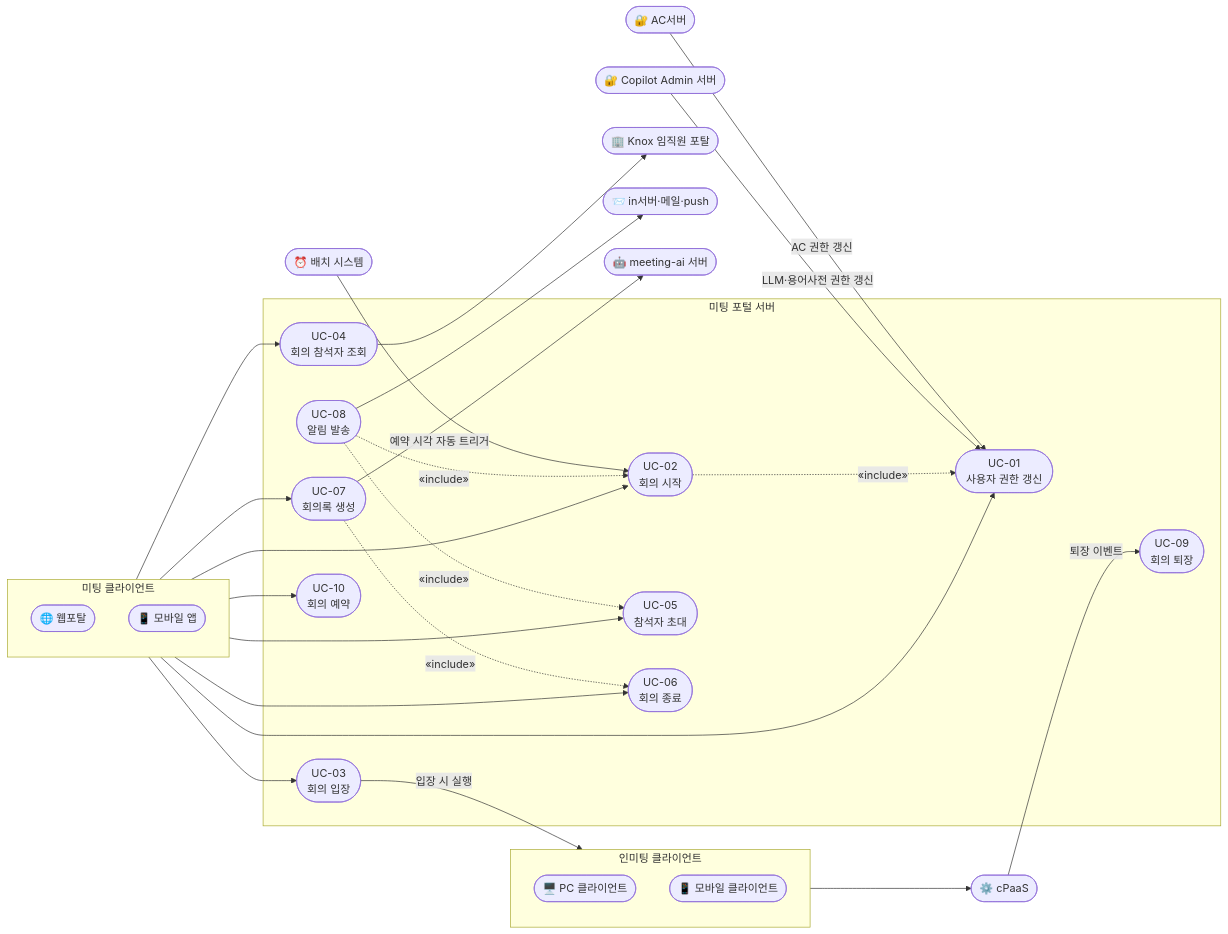
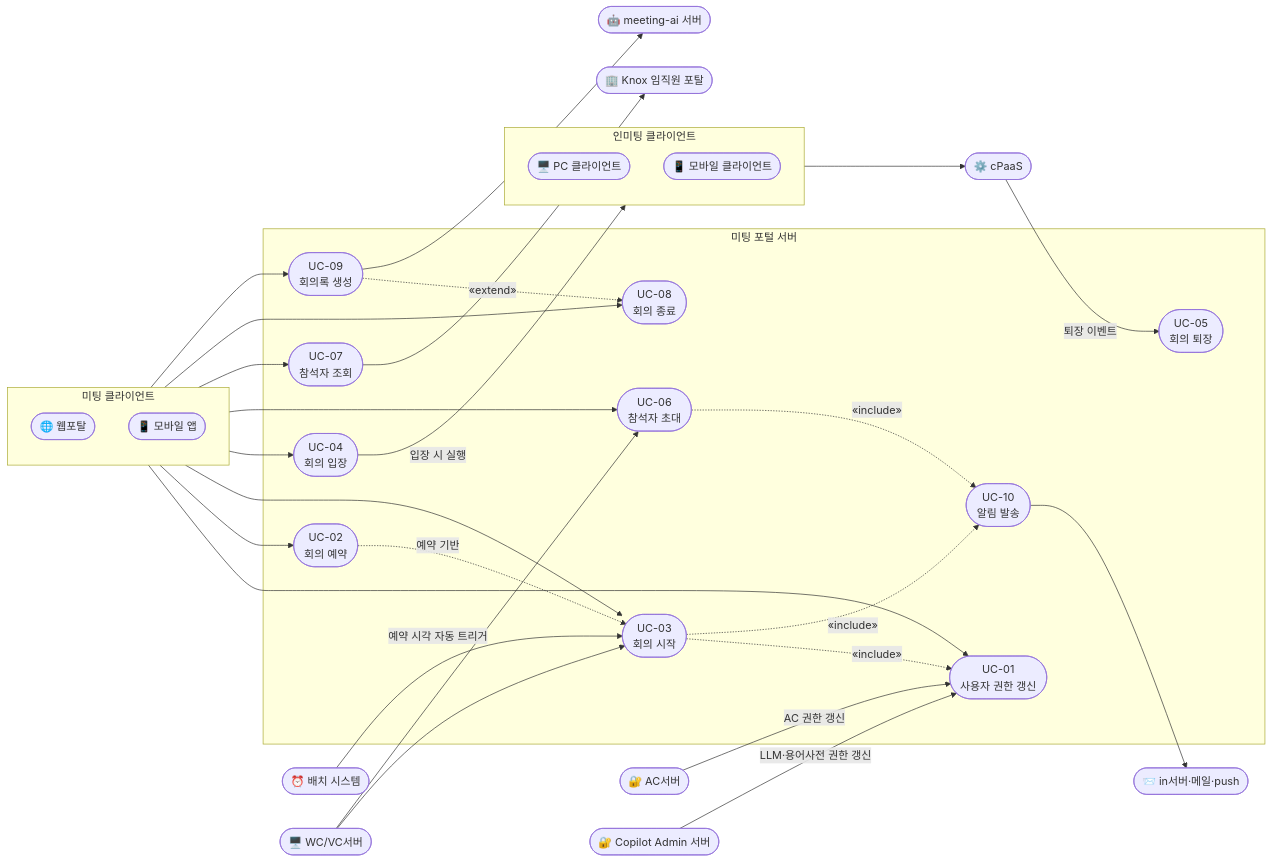
Before and after one commit to sujinnkim/A_Personal: the diagram in docs/03-requirements/2.1-functional/overview.md, drawn with Mermaid. The commit also changed other lines of this file and 4 other files, not shown here.

First line of the commit message:
docs: UC/FR 번호 재편, 다이어그램 오류 수정, WC/VC 서버 추가

````diff
--- a/docs/03-requirements/2.1-functional/overview.md
+++ b/docs/03-requirements/2.1-functional/overview.md
@@ -69,60 +71,65 @@
 ```mermaid
 graph LR
     subgraph Clients["미팅 클라이언트"]
         direction TB
         WebPortal(["🌐 웹포탈"])
         MobileApp(["📱 모바일 앱"])
     end
 
     subgraph InMeeting["인미팅 클라이언트"]
         direction TB
         PCClient(["🖥️ PC 클라이언트"])
         MobileClient(["📱 모바일 클라이언트"])
     end
 
     Batch(["⏰ 배치 시스템"])
     cPaaS(["⚙️ cPaaS"])
     Knox(["🏢 Knox 임직원 포탈"])
     InServer(["📨 in서버·메일·push"])
     MeetingAI(["🤖 meeting-ai 서버"])
     ACServer(["🔐 AC서버"])
     CopilotAdmin(["🔐 Copilot Admin 서버"])
+    WCVCServer(["🖥️ WC/VC서버"])
 
     subgraph MeetingPortal["미팅 포털 서버"]
         UC01(["UC-01\n사용자 권한 갱신"])
-        UC02(["UC-02\n회의 시작"])
-        UC03(["UC-03\n회의 입장"])
-        UC04(["UC-04\n회의 참석자 조회"])
-        UC05(["UC-05\n참석자 초대"])
-        UC06(["UC-06\n회의 종료"])
-        UC07(["UC-07\n회의록 생성"])
-        UC08(["UC-08\n알림 발송"])
-        UC09(["UC-09\n회의 퇴장"])
-        UC10(["UC-10\n회의 예약"])
+        UC02(["UC-02\n회의 예약"])
+        UC03(["UC-03\n회의 시작"])
+        UC04(["UC-04\n회의 입장"])
+        UC05(["UC-05\n회의 퇴장"])
+        UC06(["UC-06\n참석자 초대"])
+        UC07(["UC-07\n참석자 조회"])
+        UC08(["UC-08\n회의 종료"])
+        UC09(["UC-09\n회의록 생성"])
+        UC10(["UC-10\n알림 발송"])
     end
 
     Clients --> UC01
     Clients --> UC02
     Clients --> UC03
     Clients --> UC04
-    Clients --> UC05
     Clients --> UC06
     Clients --> UC07
-    Clients --> UC10
-    Batch -->|"예약 시각 자동 트리거"| UC02
+    Clients --> UC08
+    Clients --> UC09
 
-    UC03 -->|"입장 시 실행"| InMeeting
+    UC02 -.->|"예약 기반"| UC03
+    Batch -->|"예약 시각 자동 트리거"| UC03
+
+    UC04 -->|"입장 시 실행"| InMeeting
     InMeeting --> cPaaS
-    cPaaS -->|"퇴장 이벤트"| UC09
+    cPaaS -->|"퇴장 이벤트"| UC05
 
     ACServer -->|"AC 권한 갱신"| UC01
     CopilotAdmin -->|"LLM·용어사전 권한 갱신"| UC01
-    UC04 --> Knox
+    WCVCServer --> UC03
+    WCVCServer --> UC06
+    UC07 --> Knox
 
-    UC02 -.->|"«include»"| UC01
-    UC07 -.->|"«include»"| UC06
-    UC08 -.->|"«include»"| UC02
-    UC08 -.->|"«include»"| UC05
-    UC08 --> InServer
-    UC07 --> MeetingAI
+    UC03 -.->|"«include»"| UC01
+    UC03 -.->|"«include»"| UC10
+    UC06 -.->|"«include»"| UC10
+    UC09 -.->|"«extend»"| UC08
+    UC10 --> InServer
+    UC09 --> MeetingAI
 ```
````
